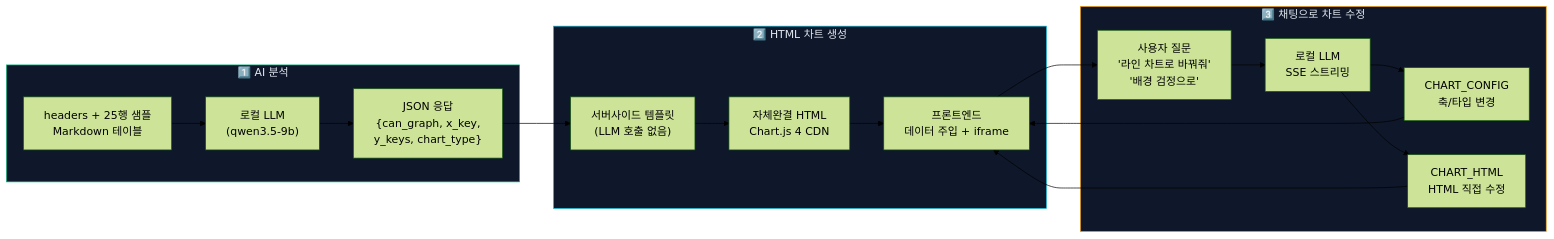
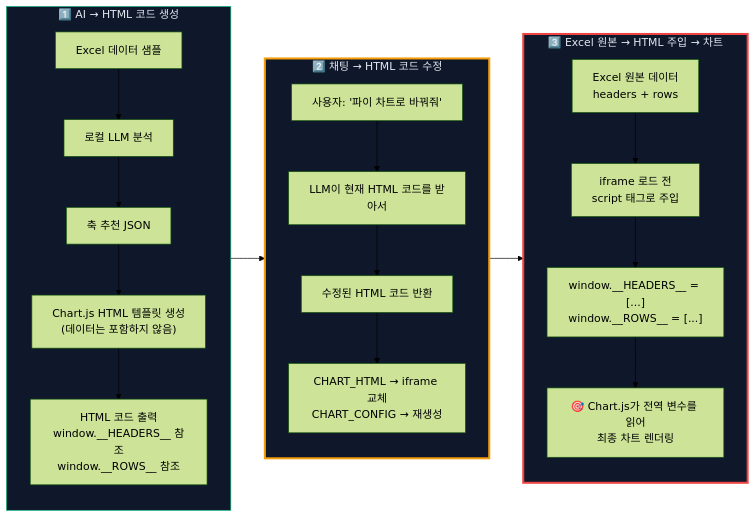
One commit to jay-jaeyong/Excel-Parser changed the second of 2 diagrams in README.md. Above: the diagram before and after it, drawn with Mermaid (forest theme). The commit also changed other lines of this file, not shown here.

Commit message:
📝 핵심 플로우 강조: AI→HTML 생성, 채팅→HTML 수정, Excel→주입→렌더링

````diff
--- a/README.md
+++ b/README.md
@@ -78,26 +81,31 @@
 ```mermaid
 flowchart LR
-    subgraph Step1["1️⃣ AI 분석"]
-        Data[headers + 25행 샘플<br/>Markdown 테이블] --> LLM1["로컬 LLM<br/>(qwen3.5-9b)"]
-        LLM1 --> Result["JSON 응답<br/>{can_graph, x_key,<br/>y_keys, chart_type}"]
+    subgraph Step1["1️⃣ AI → HTML 코드 생성"]
+        direction TB
+        Data["Excel 데이터 샘플"] --> LLM1["로컬 LLM 분석"]
+        LLM1 --> Result["축 추천 JSON"]
+        Result --> Template["Chart.js HTML 템플릿 생성<br/>(데이터는 포함하지 않음)"]
+        Template --> Code["HTML 코드 출력<br/>window.__HEADERS__ 참조<br/>window.__ROWS__ 참조"]
     end
 
-    subgraph Step2["2️⃣ HTML 차트 생성"]
-        Result --> Template["서버사이드 템플릿<br/>(LLM 호출 없음)"]
-        Template --> HTML["자체완결 HTML<br/>Chart.js 4 CDN"]
-        HTML --> FE["프론트엔드<br/>데이터 주입 + iframe"]
+    subgraph Step2["2️⃣ 채팅 → HTML 코드 수정"]
+        direction TB
+        Q["사용자: '파이 차트로 바꿔줘'"] --> LLM2["LLM이 현재 HTML 코드를 받아서"]
+        LLM2 --> Mod["수정된 HTML 코드 반환"]
+        Mod --> Apply["CHART_HTML → iframe 교체<br/>CHART_CONFIG → 재생성"]
     end
 
-    subgraph Step3["3️⃣ 채팅으로 차트 수정"]
-        FE --> Q["사용자 질문<br/>'라인 차트로 바꿔줘'<br/>'배경 검정으로'"]
-        Q --> LLM2["로컬 LLM<br/>SSE 스트리밍"]
-        LLM2 --> D1["CHART_CONFIG<br/>축/타입 변경"]
-        LLM2 --> D2["CHART_HTML<br/>HTML 직접 수정"]
-        D1 --> FE
-        D2 --> FE
+    subgraph Step3["3️⃣ Excel 원본 → HTML 주입 → 차트"]
+        direction TB
+        Excel["Excel 원본 데이터<br/>headers + rows"] --> Inject["iframe 로드 전<br/>script 태그로 주입"]
+        Inject --> Globals["window.__HEADERS__ = [...]<br/>window.__ROWS__ = [...]"]
+        Globals --> Render["🎯 Chart.js가 전역 변수를 읽어<br/>최종 차트 렌더링"]
     end
 
+    Code --> Step2
+    Apply --> Step3
+
     style Step1 fill:#0f172a,stroke:#10b981,color:#e2e8f0
-    style Step2 fill:#0f172a,stroke:#06b6d4,color:#e2e8f0
-    style Step3 fill:#0f172a,stroke:#f59e0b,color:#e2e8f0
+    style Step2 fill:#0f172a,stroke:#f59e0b,color:#e2e8f0,stroke-width:3px
+    style Step3 fill:#0f172a,stroke:#ef4444,color:#e2e8f0,stroke-width:3px
 ```
````
